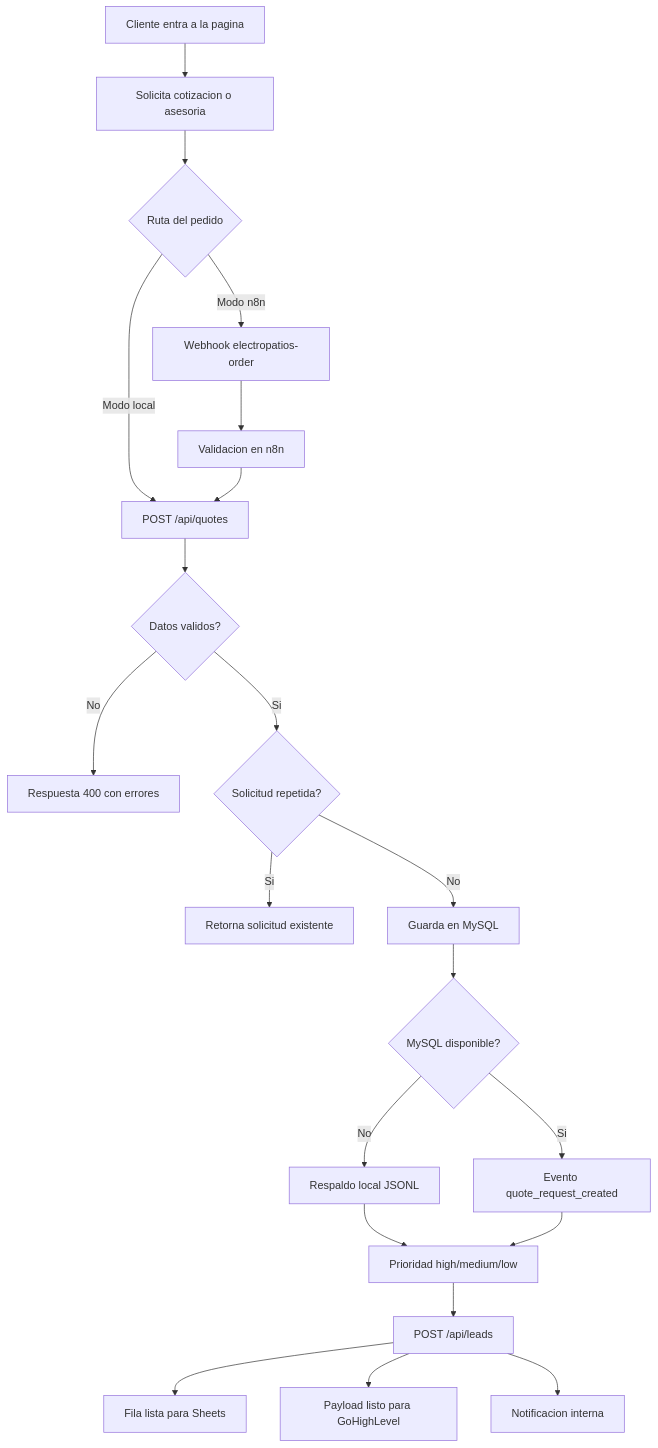
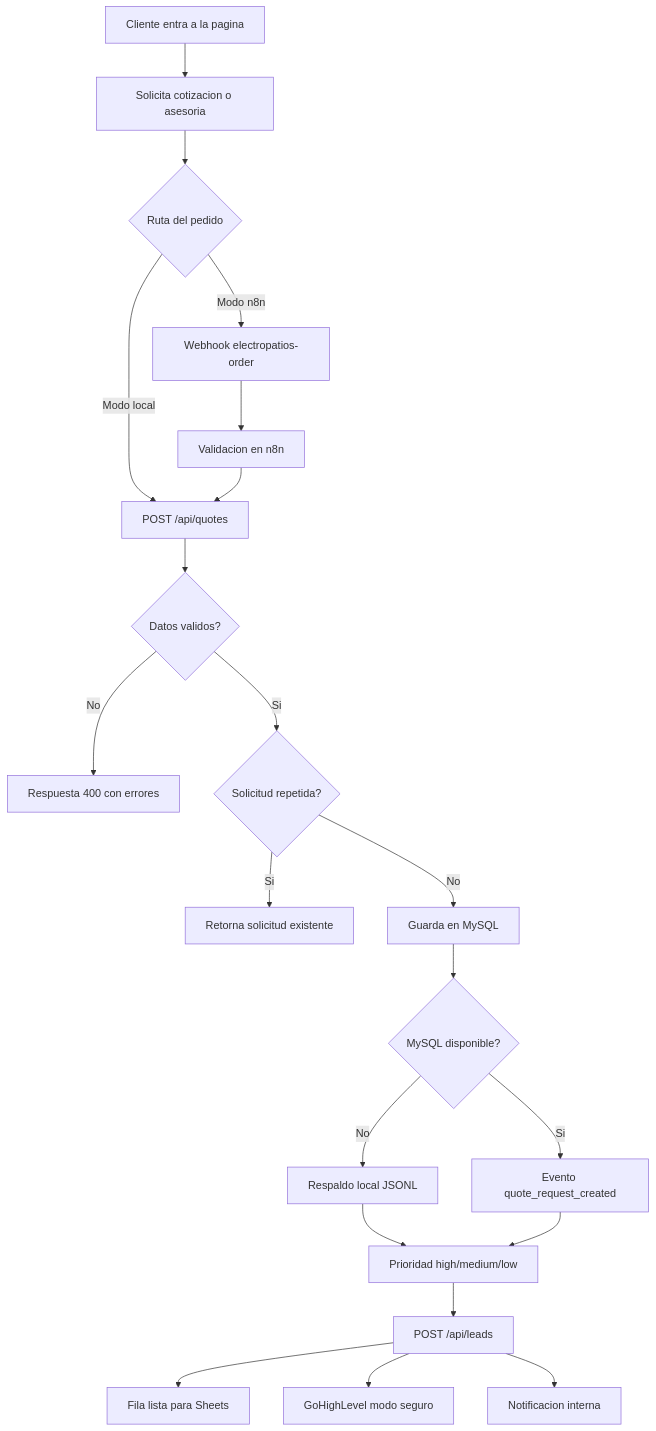
One commit to deyson24ivan/electropatios-quote-system changed the diagram in docs/architecture.md. Above: the diagram before and after it, drawn with Mermaid. The commit also changed other lines of this file and 13 other files, not shown here.

Commit message:
Add GoHighLevel safe mode sync

````diff
--- a/docs/architecture.md
+++ b/docs/architecture.md
@@ -7,23 +7,23 @@
 ```mermaid
 flowchart TD
   A["Cliente entra a la pagina"] --> B["Solicita cotizacion o asesoria"]
   B --> C{"Ruta del pedido"}
   C -- "Modo local" --> D["POST /api/quotes"]
   C -- "Modo n8n" --> E["Webhook electropatios-order"]
   E --> F["Validacion en n8n"]
   F --> D
   D --> G{"Datos validos?"}
   G -- "No" --> H["Respuesta 400 con errores"]
   G -- "Si" --> I{"Solicitud repetida?"}
   I -- "Si" --> J["Retorna solicitud existente"]
   I -- "No" --> K["Guarda en MySQL"]
   K --> L{"MySQL disponible?"}
   L -- "No" --> M["Respaldo local JSONL"]
   L -- "Si" --> N["Evento quote_request_created"]
   M --> O["Prioridad high/medium/low"]
   N --> O
   O --> P["POST /api/leads"]
   P --> Q["Fila lista para Sheets"]
-  P --> R["Payload listo para GoHighLevel"]
+  P --> R["GoHighLevel modo seguro"]
   P --> S["Notificacion interna"]
 ```
````
